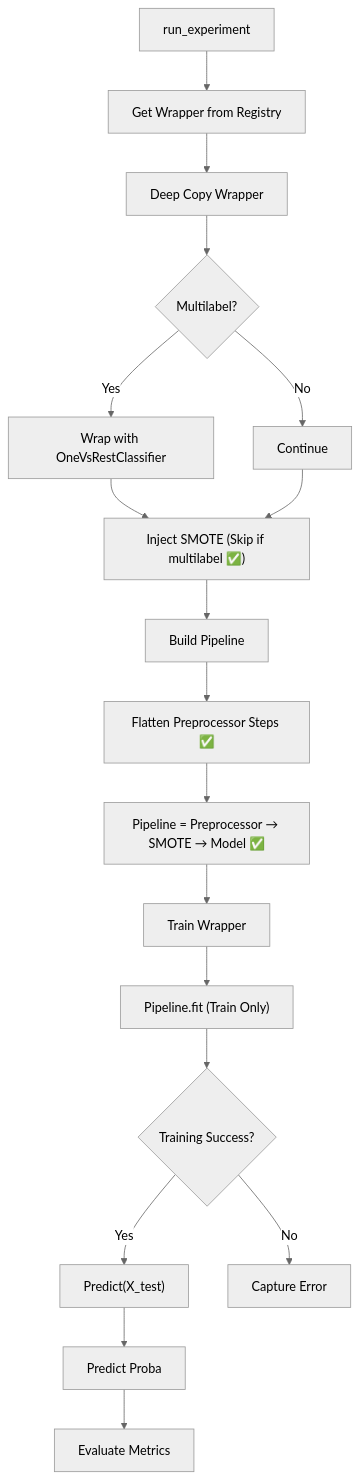
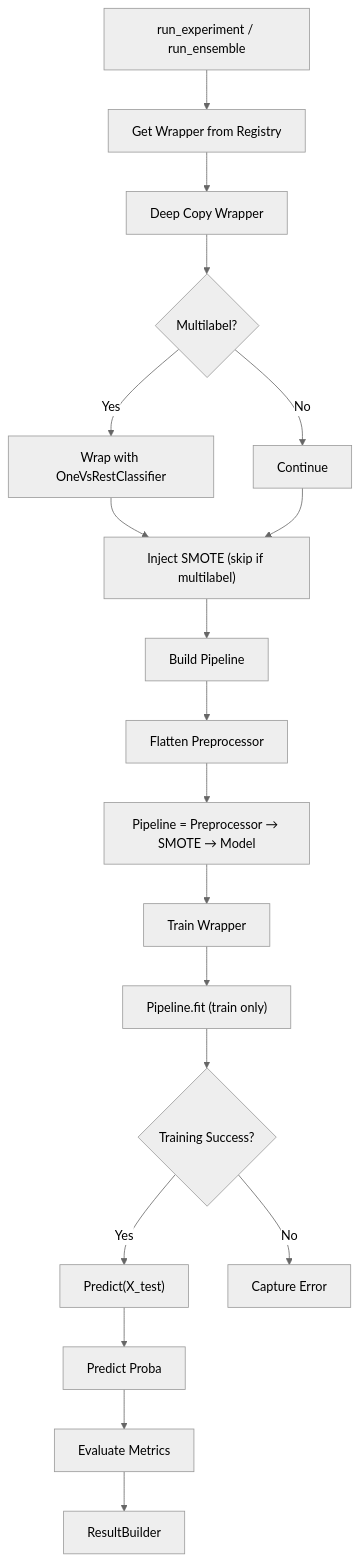
One commit to abhinavssingh/python-learnings changed the third of 4 diagrams in lib/utility/machinelearning/facade/CLASSIFICATIONMODELUTILITY.md. Above: the diagram before and after it, drawn with Mermaid (neutral theme). The commit also changed other lines of this file and 13 other files, not shown here.

````diff
--- a/lib/utility/machinelearning/facade/CLASSIFICATIONMODELUTILITY.md
+++ b/lib/utility/machinelearning/facade/CLASSIFICATIONMODELUTILITY.md
@@ -94,32 +110,34 @@
 ```mermaid
 flowchart TD
 
-    A[run_experiment] --> B[Get Wrapper from Registry]
+    A[run_experiment / run_ensemble] --> B[Get Wrapper from Registry]
 
     B --> C[Deep Copy Wrapper]
 
     C --> D{Multilabel?}
     D -->|Yes| E[Wrap with OneVsRestClassifier]
     D -->|No| F[Continue]
 
-    E --> G["Inject SMOTE (Skip if multilabel ✅)"]
+    E --> G["Inject SMOTE (skip if multilabel)"]
     F --> G
 
     G --> H[Build Pipeline]
 
-    H --> I[Flatten Preprocessor Steps ✅]
+    H --> I[Flatten Preprocessor]
 
-    I --> J[Pipeline = Preprocessor → SMOTE → Model ✅]
+    I --> J[Pipeline = Preprocessor → SMOTE → Model]
 
     J --> K[Train Wrapper]
-    K --> L["Pipeline.fit (Train Only)"]
+    K --> L["Pipeline.fit (train only)"]
 
     L --> M{Training Success?}
 
     M -->|Yes| N["Predict(X_test)"]
     M -->|No| O[Capture Error]
 
     N --> P[Predict Proba]
 
     P --> Q[Evaluate Metrics]
+
+    Q --> R[ResultBuilder]
 ```
````
